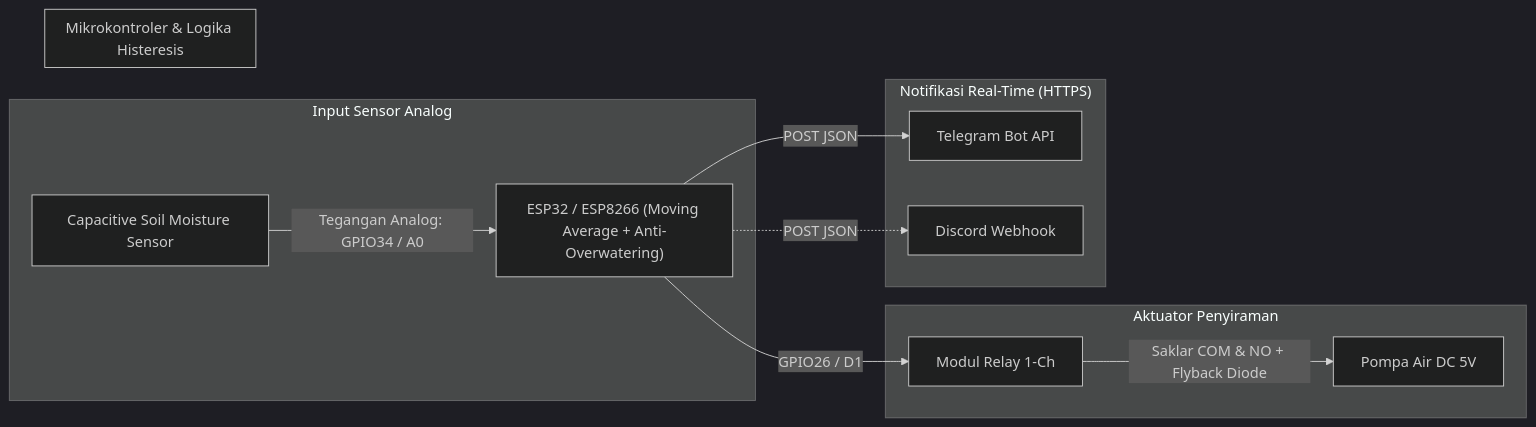
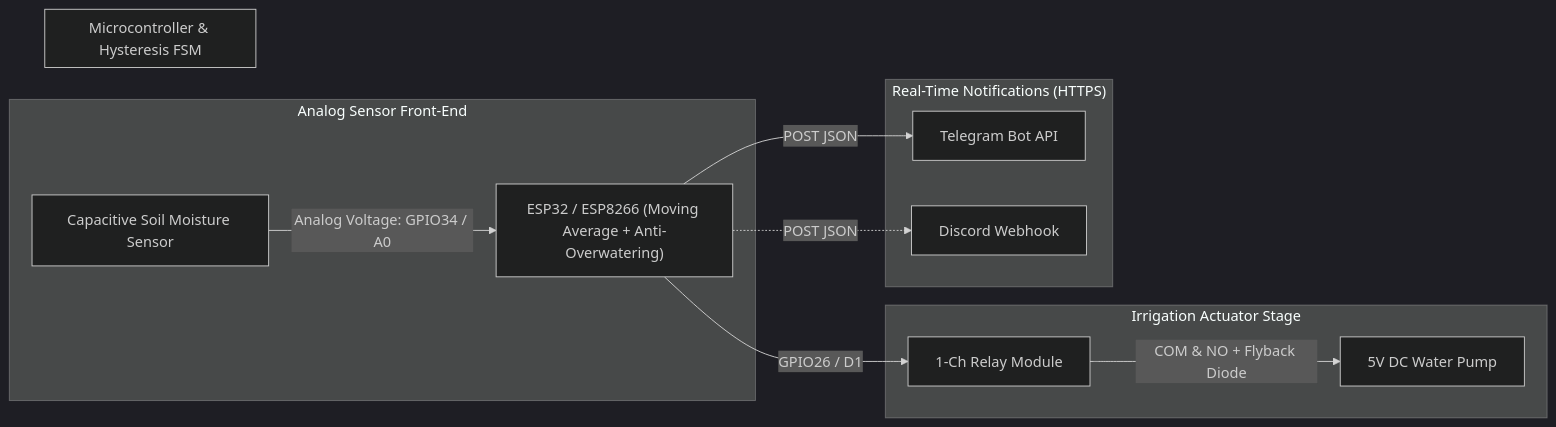
Before and after one commit to kenzojulian111/microcontroller-iot-journey: the diagram in 03-smart-plant-watering/schematics/wiring-guide.md, drawn with Mermaid (dark theme). The commit also changed other lines of this file and 150 other files, not shown here.

````diff
--- a/03-smart-plant-watering/schematics/wiring-guide.md
+++ b/03-smart-plant-watering/schematics/wiring-guide.md
@@ -30,20 +31,20 @@
 ```mermaid
 flowchart LR
-    subgraph Input["Input Sensor Analog"]
-        SOIL["Capacitive Soil Moisture Sensor"] -->|Tegangan Analog: GPIO34 / A0| MCU
+    subgraph Input["Analog Sensor Front-End"]
+        SOIL["Capacitive Soil Moisture Sensor"] -->|Analog Voltage: GPIO34 / A0| MCU
     end
 
-    subgraph Controller["Mikrokontroler & Logika Histeresis"]
+    subgraph Controller["Microcontroller & Hysteresis FSM"]
         MCU["ESP32 / ESP8266 (Moving Average + Anti-Overwatering)"]
     end
 
-    subgraph Actuator["Aktuator Penyiraman"]
-        MCU -->|GPIO26 / D1| RELAY["Modul Relay 1-Ch"]
-        RELAY -->|Saklar COM & NO + Flyback Diode| PUMP["Pompa Air DC 5V"]
+    subgraph Actuator["Irrigation Actuator Stage"]
+        MCU -->|GPIO26 / D1| RELAY["1-Ch Relay Module"]
+        RELAY -->|COM & NO + Flyback Diode| PUMP["5V DC Water Pump"]
     end
 
-    subgraph Cloud["Notifikasi Real-Time (HTTPS)"]
+    subgraph Cloud["Real-Time Notifications (HTTPS)"]
         MCU -->|POST JSON| TG["Telegram Bot API"]
         MCU -.->|POST JSON| DC["Discord Webhook"]
     end
 ```
````
